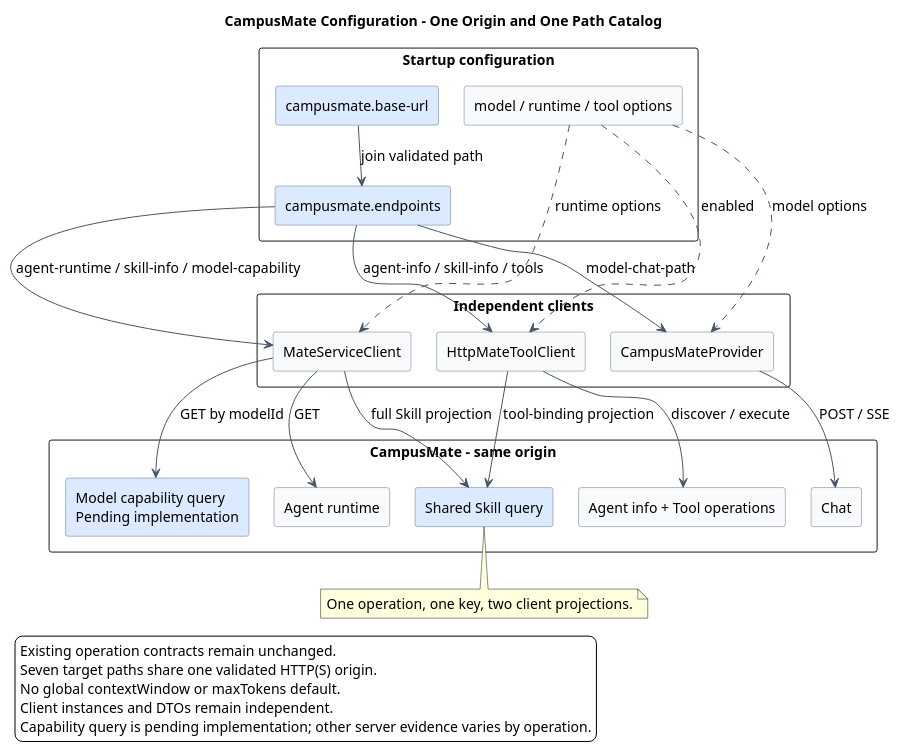
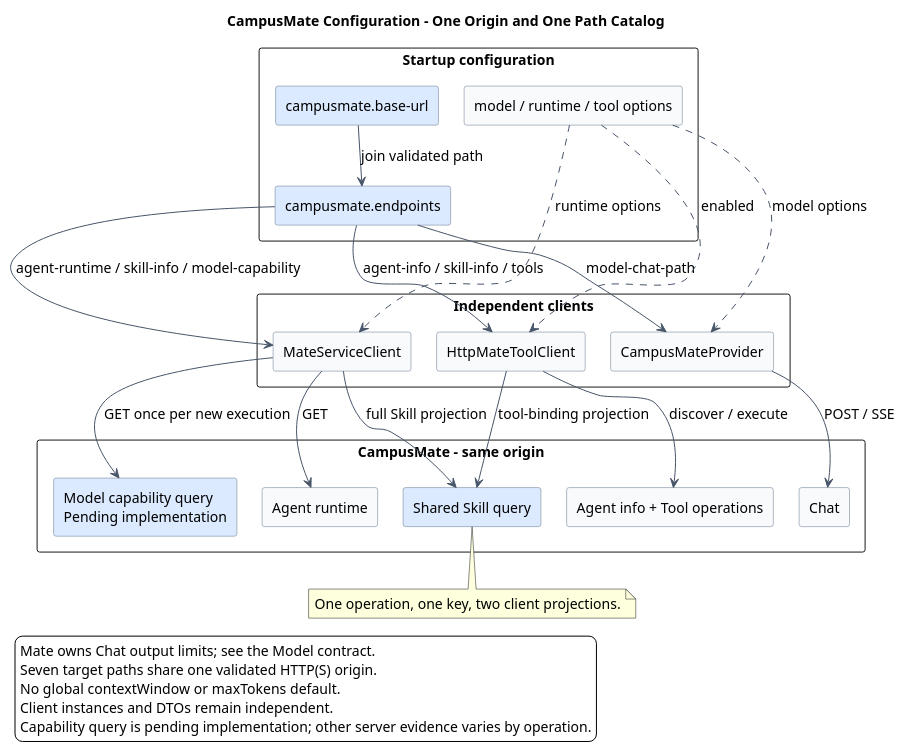
The diagram in 02-服务与接口/02-CampusMate共享客户端配置/diagram.puml (ssm0808/pi-mono-java-design), drawn with PlantUML before and after one commit. The commit also changed 20 other files, not shown here.

Commit message:
docs(model): 按执行查询窗口并将输出额度交由 Mate 控制

```diff
--- a/02-服务与接口/02-CampusMate共享客户端配置/diagram.puml
+++ b/02-服务与接口/02-CampusMate共享客户端配置/diagram.puml
@@ -1,82 +1,82 @@
 @startuml campusmate_shared_base_url_configuration
 ' Source evidence baseline: pi-mono-java 320d790726a70aada6100052952d5494d2a378ac
 ' Local rename evidence: pi-mono-java f61906b9136246ca60f333704b6fc92b5420d0ec
 ' Verified 2026-09-19: pi-mono-java 21c3f59be033e7bdd5506a2d9d48baa2581bc3c7 uses CampusMateProvider.
 ' Pending implementation: Mate model capability query and removal of global token defaults.
 ' Source evidence: modules/coding-agent-cli/src/main/java/com/campusclaw/codingagent/runtimeapi/model/MateRuntimeModelManager.java: resolveModel
-' Design reason: Mate owns per-model token capabilities; Runtime publishes complete snapshots.
+' Design reason: Mate owns per-model token capabilities; each new execution queries its context window.
 ' Source evidence:
 ' pi-mono-java modules/coding-agent-cli/src/main/resources/application.yml:89-140
 ' pi-mono-java modules/ai/src/main/java/com/campusclaw/ai/provider/mate/MateServiceModelManagerProvider.java:68-76 and eventFlux
 ' pi-mono-java modules/coding-agent-cli/src/main/java/com/campusclaw/codingagent/runtime/MateServiceClient.java:43-113 and 184-197
 ' pi-mono-java modules/coding-agent-cli/src/main/java/com/campusclaw/codingagent/config/MateToolAutoConfiguration.java:31-81
 ' pi-mono-java modules/coding-agent-cli/src/main/java/com/campusclaw/codingagent/common/client/HttpMateToolClient.java:41-190 and 299-320
 ' pi-mono-java modules/coding-agent-cli/src/main/java/com/campusclaw/codingagent/common/dto/SkillInfoResult.java:12-20
 ' mate-service src/main/java/com/huawei/hicampus/mate/agentdefinition/controller/AgentDefinitionController.java:38-73
 ' mate-service src/main/java/com/huawei/hicampus/mate/agentdefinition/modelmanager/controller/LlmChatController.java:35-55
 ' Observed behavior: three configuration roots own three origins and seven path keys.
 ' Observed duplication: two keys normalize to GET /mate-service/v1/skill/query/{skillId}.
 ' Product constraint: Mate and CampusMate are one service identity.
 ' Architecture change: one campusmate tree owns one origin and six unique operation paths.
 ' Architecture change: target model options move from campusmate.model-manager to campusmate.model.
 ' Security hardening: endpoint paths cannot carry another origin.
 ' Pending implementation server scope: Skill and Tool controllers were not found in the analyzed mate-service baseline.
 
 title CampusMate Configuration - One Origin and One Path Catalog
 top to bottom direction
 skinparam backgroundColor white
 skinparam shadowing false
 skinparam defaultFontName Arial
 skinparam defaultFontSize 14
 skinparam componentStyle rectangle
 skinparam packageStyle rectangle
 skinparam nodesep 25
 skinparam ranksep 40
 skinparam component {
   BackgroundColor #F8FAFC
   BorderColor #64748B
 }
 skinparam ArrowColor #475569
 
 package "Startup configuration" {
   [campusmate.base-url] as Origin #DBEAFE
   [campusmate.endpoints] as Paths #DBEAFE
   [model / runtime / tool options] as Options
 }
 package "Independent clients" {
   [CampusMateProvider] as ChatClient
   [MateServiceClient] as RuntimeClient
   [HttpMateToolClient] as ToolClient
 }
 package "CampusMate - same origin" {
   [Chat] as Chat
   [Agent runtime] as Runtime
   [Shared Skill query] as Skill #DBEAFE
   [Model capability query\nPending implementation] as Capabilities #DBEAFE
   [Agent info + Tool operations] as Tools
 }
 Origin --> Paths : join validated path
 Paths --> ChatClient : model-chat-path
 Paths --> RuntimeClient : agent-runtime / skill-info / model-capability
 Paths --> ToolClient : agent-info / skill-info / tools
 Options ..> ChatClient : model options
 Options ..> RuntimeClient : runtime options
 Options ..> ToolClient : enabled
 ChatClient --> Chat : POST / SSE
 RuntimeClient --> Runtime : GET
-RuntimeClient --> Capabilities : GET by modelId
+RuntimeClient --> Capabilities : GET once per new execution
 RuntimeClient --> Skill : full Skill projection
 ToolClient --> Skill : tool-binding projection
 ToolClient --> Tools : discover / execute
 
 note bottom of Skill
 One operation, one key, two client projections.
 end note
 legend bottom left
-Existing operation contracts remain unchanged.
+Mate owns Chat output limits; see the Model contract.
 Seven target paths share one validated HTTP(S) origin.
 No global contextWindow or maxTokens default.
 Client instances and DTOs remain independent.
 Capability query is pending implementation; other server evidence varies by operation.
 endlegend
 @enduml
```
